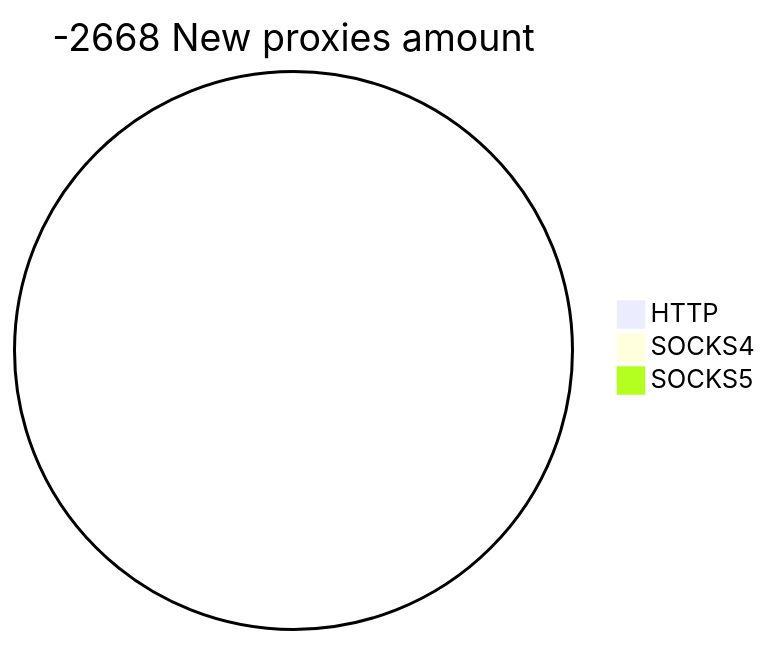
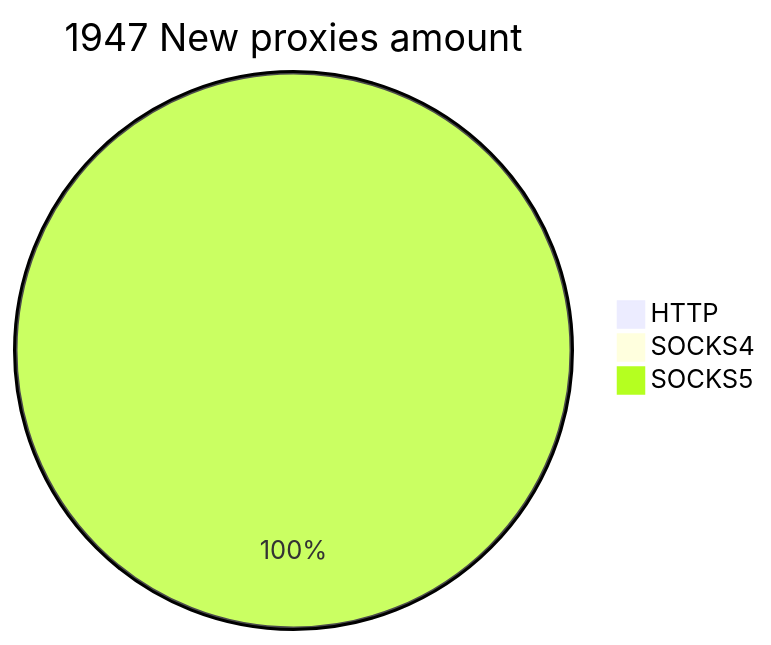
Before and after one commit to cutipu/proxylist: the second of 2 diagrams in README.md, drawn with Mermaid. The commit also changed other lines of this file, not shown here.

````diff
--- a/README.md
+++ b/README.md
@@ -10,6 +10,6 @@
 ```mermaid
-pie title -2668 New proxies amount
+pie title 1947 New proxies amount
     "HTTP" : 0
     "SOCKS4" : 0
-    "SOCKS5" : 0
+    "SOCKS5" : 2561
 ```
````
